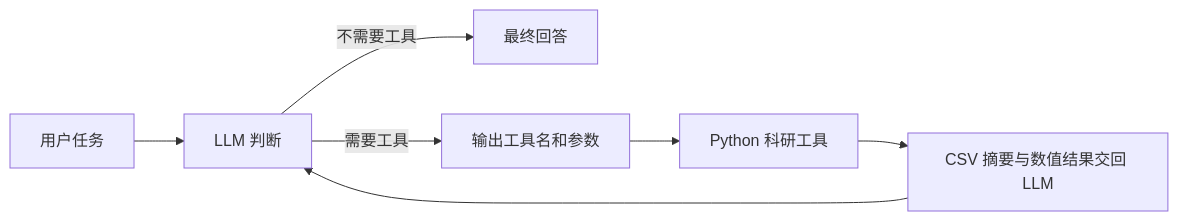
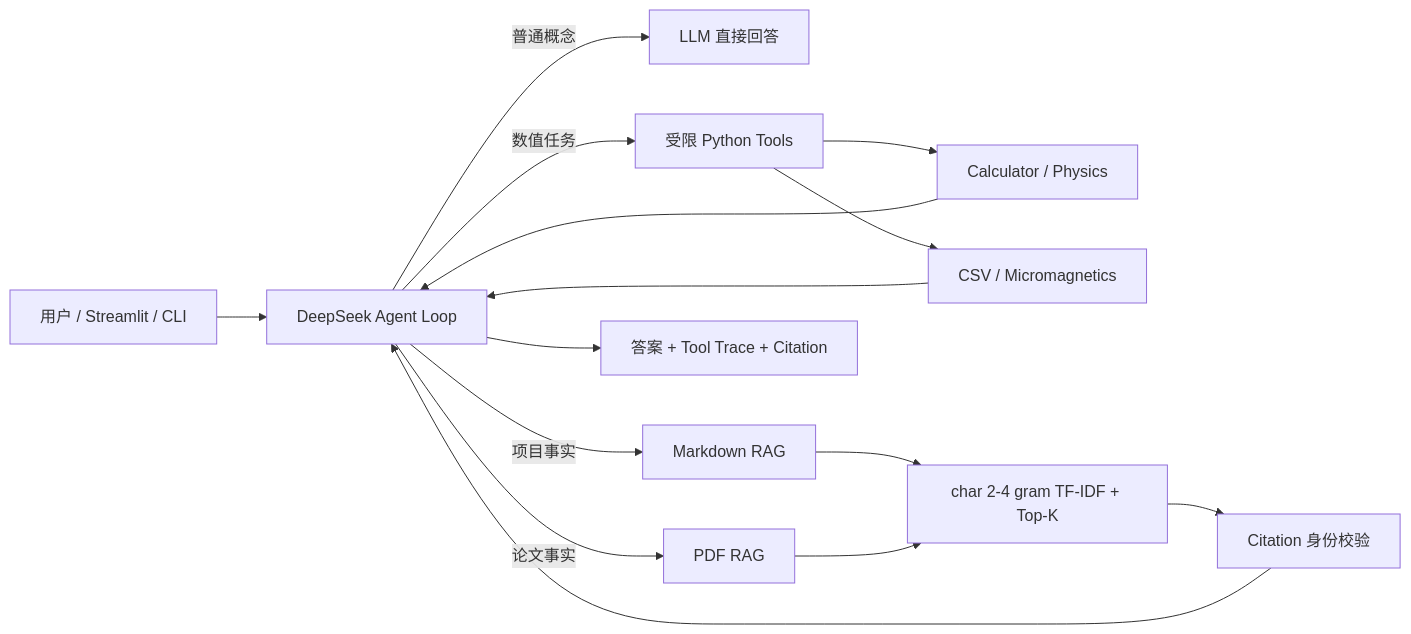
The diagram in README.md (Huazhonguniversitystudent/physics-research-agent), drawn with Mermaid before and after one commit. The commit also changed other lines of this file and 11 other files, not shown here.

````diff
--- a/README.md
+++ b/README.md
@@ -44,9 +41,17 @@
 ```mermaid
 flowchart LR
-    A[用户任务] --> B[LLM 判断]
-    B -->|不需要工具| F[最终回答]
-    B -->|需要工具| C[输出工具名和参数]
-    C --> D[Python 科研工具]
-    D --> E[CSV 摘要与数值结果交回 LLM]
-    E --> B
+    U[用户 / Streamlit / CLI] --> A[DeepSeek Agent Loop]
+    A -->|普通概念| L[LLM 直接回答]
+    A -->|数值任务| T[受限 Python Tools]
+    T --> C[Calculator / Physics]
+    T --> D[CSV / Micromagnetics]
+    A -->|项目事实| MR[Markdown RAG]
+    A -->|论文事实| PR[PDF RAG]
+    MR --> R[char 2-4 gram TF-IDF + Top-K]
+    PR --> R
+    R --> V[Citation 身份校验]
+    C --> A
+    D --> A
+    V --> A
+    A --> O[答案 + Tool Trace + Citation]
 ```
````
